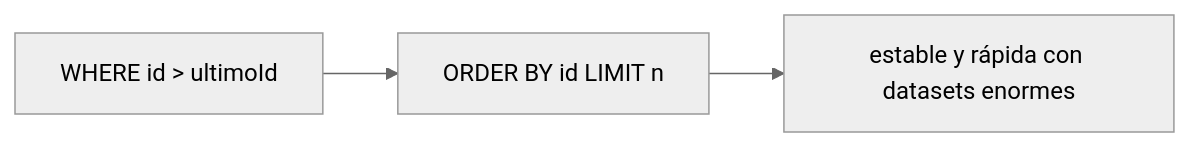
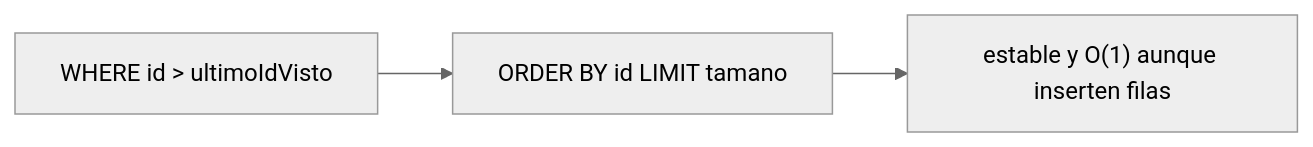
Before and after one commit to obiticadev/DAM-2025-26: the fifth of 5 diagrams in Programación/Aprendizaje autodidacta/11_APIRESTMasterclass/teoria/15_Consultas_Avanzadas.md, drawn with Mermaid (neutral theme). The commit also changed other lines of this file and 69 other files, not shown here.

````diff
--- a/Programación/Aprendizaje autodidacta/11_APIRESTMasterclass/teoria/15_Consultas_Avanzadas.md
+++ b/Programación/Aprendizaje autodidacta/11_APIRESTMasterclass/teoria/15_Consultas_Avanzadas.md
@@ -37,5 +409,5 @@
 ```mermaid
 flowchart LR
-    A["WHERE id > ultimoId"] --> B["ORDER BY id LIMIT n"]
-    B --> C[estable y rápida con datasets enormes]
+    A["WHERE id > ultimoIdVisto"] --> B["ORDER BY id LIMIT tamano"]
+    B --> C["estable y O(1) aunque inserten filas"]
 ```
````
